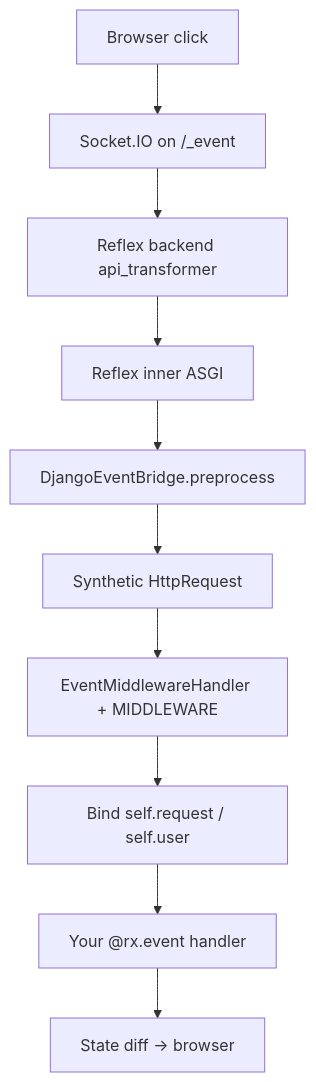
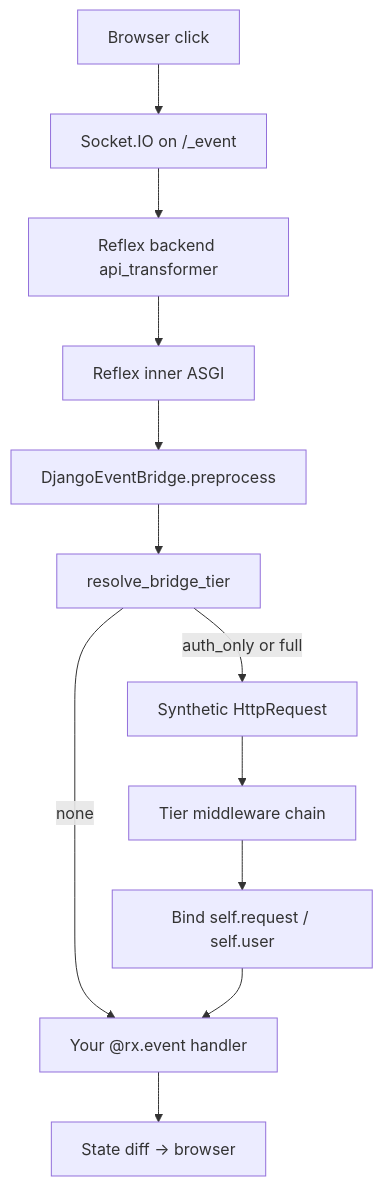
One commit to web7ai/reflex-django changed the diagram in docs/websocket_event_pipeline.md. Above: the diagram before and after it, drawn with Mermaid. The commit also changed other lines of this file and 35 other files, not shown here.

Commit message:
feat: introduce tiered event bridge and performance enhancements, including event caching and new configuration options for high-frequency UI; update documentation for scaling and performance best practices

````diff
--- a/docs/websocket_event_pipeline.md
+++ b/docs/websocket_event_pipeline.md
@@ -45,12 +47,14 @@
 ```mermaid
 flowchart TD
     A[Browser click] --> B[Socket.IO on /_event]
     B --> C[Reflex backend api_transformer]
     C --> D[Reflex inner ASGI]
     D --> E[DjangoEventBridge.preprocess]
-    E --> F[Synthetic HttpRequest]
-    F --> G[EventMiddlewareHandler + MIDDLEWARE]
+    E --> T[resolve_bridge_tier]
+    T -->|none| I["Your @rx.event handler"]
+    T -->|auth_only or full| F[Synthetic HttpRequest]
+    F --> G[Tier middleware chain]
     G --> H[Bind self.request / self.user]
-    H --> I["Your @rx.event handler"]
+    H --> I
     I --> J[State diff → browser]
 ```
````
